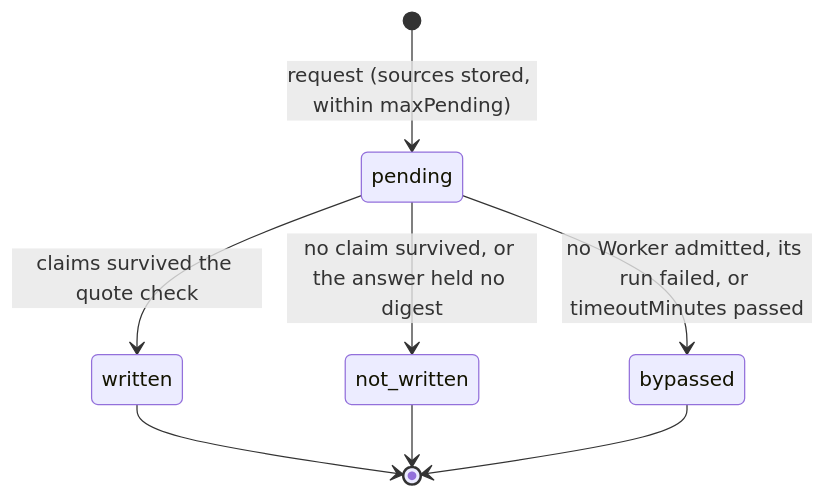
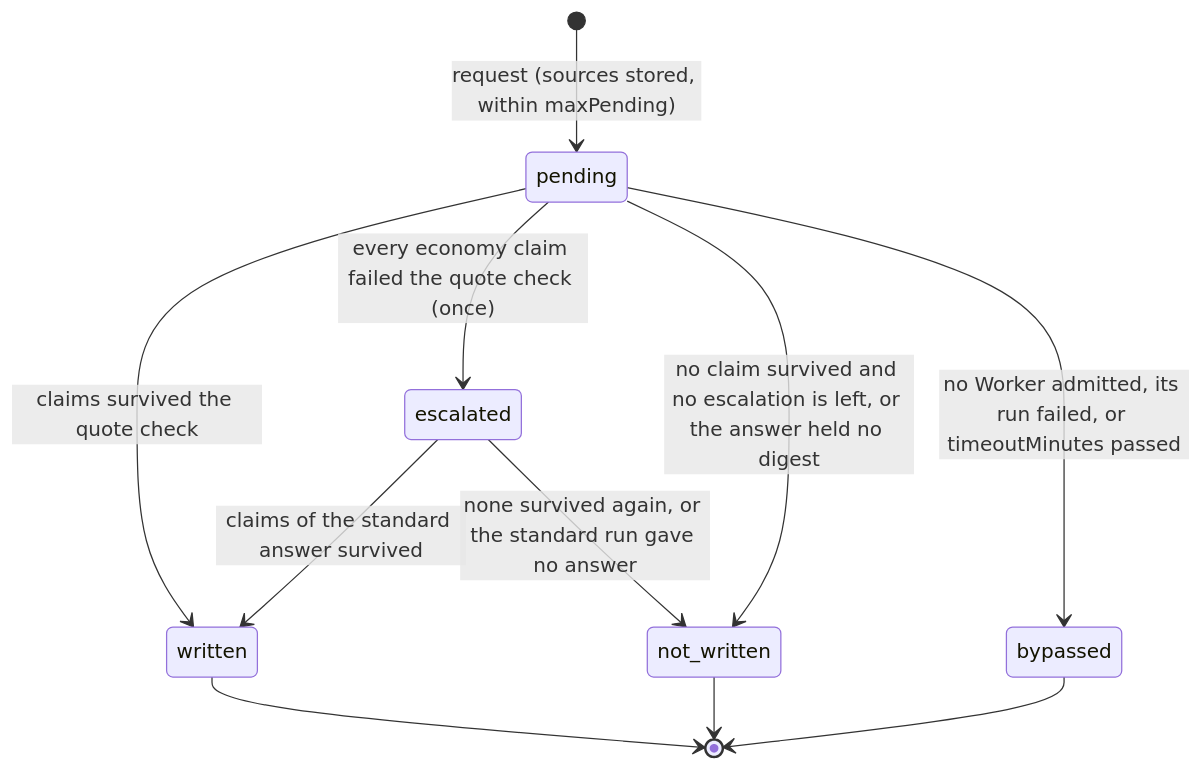
The diagram in docs/design/digests.md (tsuuanmi/system), drawn with Mermaid before and after one commit. The commit also changed other lines of this file and 14 other files, not shown here.

First line of the commit message:
digests: a request whose every economy claim fails the quote check is written once more on standard, never higher

````diff
--- a/docs/design/digests.md
+++ b/docs/design/digests.md
@@ -37,10 +38,13 @@
 ```mermaid
 stateDiagram-v2
   [*] --> pending: request (sources stored, within maxPending)
   pending --> written: claims survived the quote check
-  pending --> not_written: no claim survived, or the answer held no digest
+  pending --> escalated: every economy claim failed the quote check (once)
+  escalated --> written: claims of the standard answer survived
+  escalated --> not_written: none survived again, or the standard run gave no answer
+  pending --> not_written: no claim survived and no escalation is left, or the answer held no digest
   pending --> bypassed: no Worker admitted, its run failed, or timeoutMinutes passed
   written --> [*]
   not_written --> [*]
   bypassed --> [*]
 ```
````
